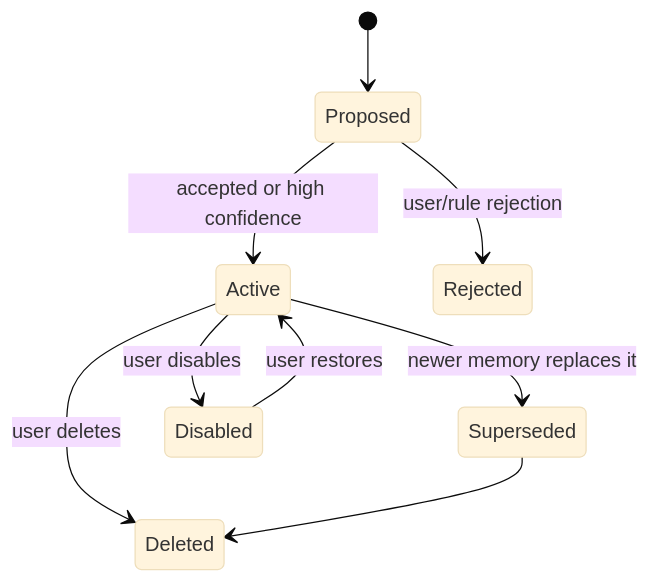
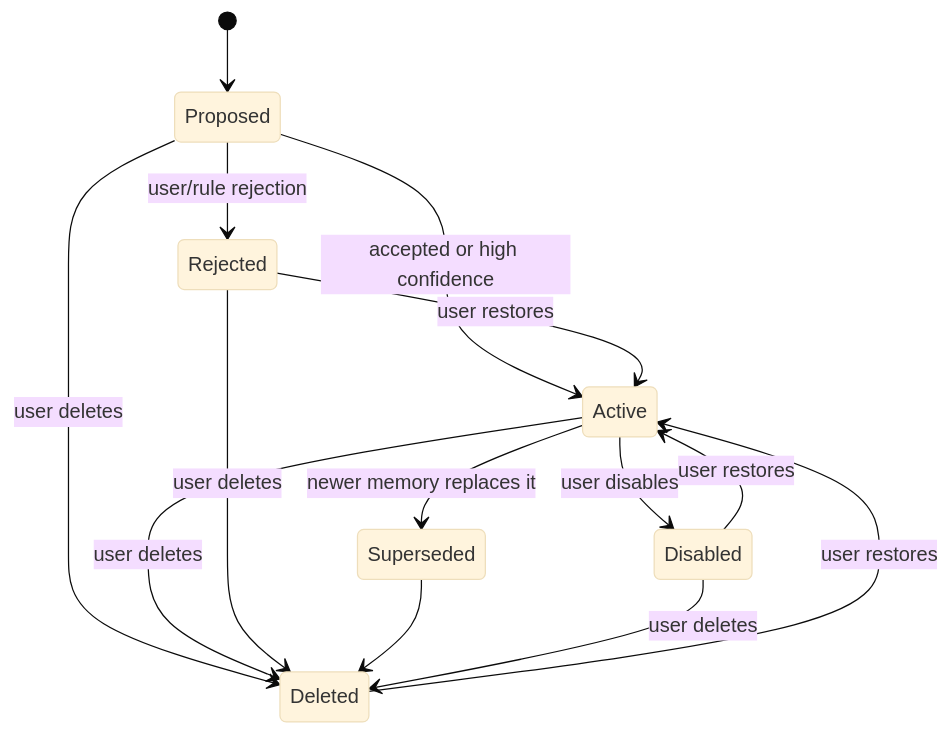
The second of 2 diagrams in docs/memory-system.md (sudoyc/LetheBot), drawn with Mermaid (base theme) before and after one commit. The commit also changed other lines of this file and 32 other files, not shown here.

Commit message:
docs: align architecture and acceptance guidance

````diff
--- a/docs/memory-system.md
+++ b/docs/memory-system.md
@@ -68,11 +71,16 @@
 ```mermaid
 stateDiagram-v2
   [*] --> Proposed
   Proposed --> Active: accepted or high confidence
   Proposed --> Rejected: user/rule rejection
+  Proposed --> Deleted: user deletes
   Active --> Superseded: newer memory replaces it
   Active --> Disabled: user disables
   Active --> Deleted: user deletes
+  Rejected --> Active: user restores
+  Rejected --> Deleted: user deletes
   Superseded --> Deleted
   Disabled --> Active: user restores
+  Disabled --> Deleted: user deletes
+  Deleted --> Active: user restores
 ```
````
